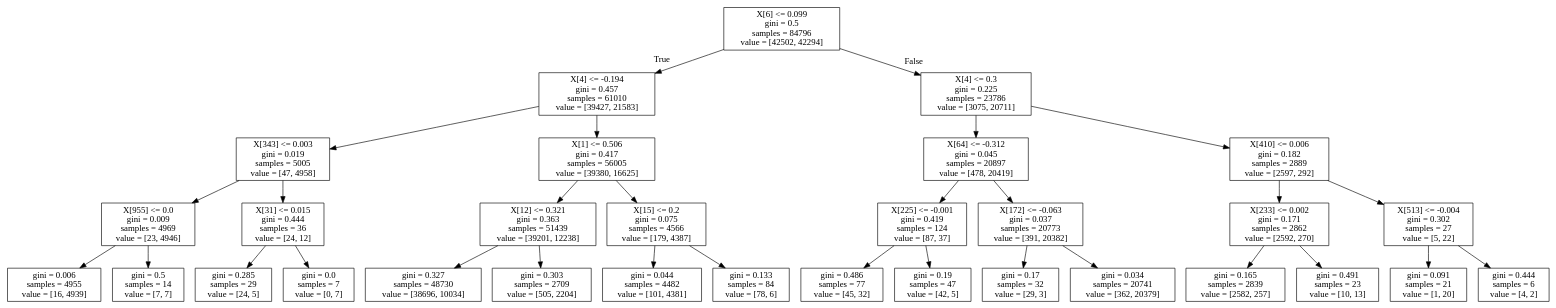
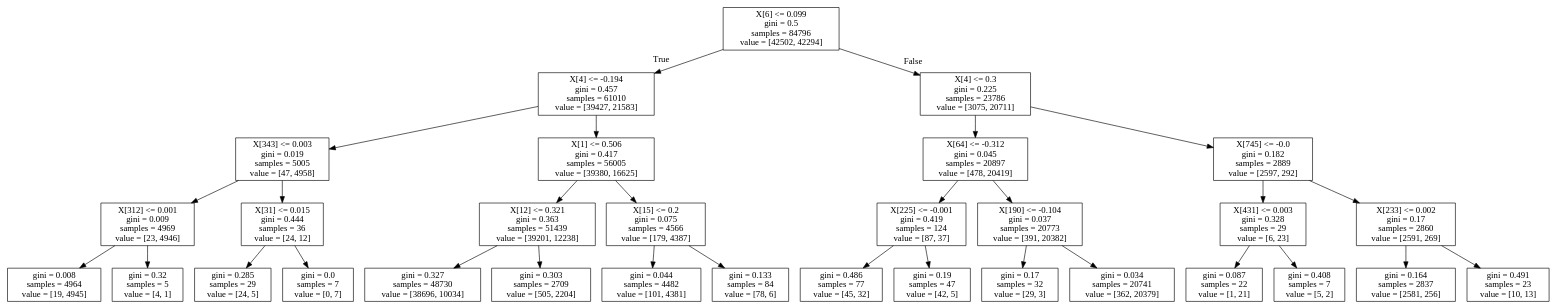
The diagram in Decision Tree/tree_PCA4.dot (leejong4414/CSE-546-Project), drawn with Graphviz before and after one commit. The commit also changed 96 other files, not shown here.

```diff
--- a/Decision Tree/tree_PCA4.dot
+++ b/Decision Tree/tree_PCA4.dot
@@ -1,64 +1,64 @@
 digraph Tree {
 node [shape=box] ;
 0 [label="X[6] <= 0.099\ngini = 0.5\nsamples = 84796\nvalue = [42502, 42294]"] ;
 1 [label="X[4] <= -0.194\ngini = 0.457\nsamples = 61010\nvalue = [39427, 21583]"] ;
 0 -> 1 [labeldistance=2.5, labelangle=45, headlabel="True"] ;
 2 [label="X[343] <= 0.003\ngini = 0.019\nsamples = 5005\nvalue = [47, 4958]"] ;
 1 -> 2 ;
-3 [label="X[955] <= 0.0\ngini = 0.009\nsamples = 4969\nvalue = [23, 4946]"] ;
+3 [label="X[312] <= 0.001\ngini = 0.009\nsamples = 4969\nvalue = [23, 4946]"] ;
 2 -> 3 ;
-4 [label="gini = 0.006\nsamples = 4955\nvalue = [16, 4939]"] ;
+4 [label="gini = 0.008\nsamples = 4964\nvalue = [19, 4945]"] ;
 3 -> 4 ;
-5 [label="gini = 0.5\nsamples = 14\nvalue = [7, 7]"] ;
+5 [label="gini = 0.32\nsamples = 5\nvalue = [4, 1]"] ;
 3 -> 5 ;
 6 [label="X[31] <= 0.015\ngini = 0.444\nsamples = 36\nvalue = [24, 12]"] ;
 2 -> 6 ;
 7 [label="gini = 0.285\nsamples = 29\nvalue = [24, 5]"] ;
 6 -> 7 ;
 8 [label="gini = 0.0\nsamples = 7\nvalue = [0, 7]"] ;
 6 -> 8 ;
 9 [label="X[1] <= 0.506\ngini = 0.417\nsamples = 56005\nvalue = [39380, 16625]"] ;
 1 -> 9 ;
 10 [label="X[12] <= 0.321\ngini = 0.363\nsamples = 51439\nvalue = [39201, 12238]"] ;
 9 -> 10 ;
 11 [label="gini = 0.327\nsamples = 48730\nvalue = [38696, 10034]"] ;
 10 -> 11 ;
 12 [label="gini = 0.303\nsamples = 2709\nvalue = [505, 2204]"] ;
 10 -> 12 ;
 13 [label="X[15] <= 0.2\ngini = 0.075\nsamples = 4566\nvalue = [179, 4387]"] ;
 9 -> 13 ;
 14 [label="gini = 0.044\nsamples = 4482\nvalue = [101, 4381]"] ;
 13 -> 14 ;
 15 [label="gini = 0.133\nsamples = 84\nvalue = [78, 6]"] ;
 13 -> 15 ;
 16 [label="X[4] <= 0.3\ngini = 0.225\nsamples = 23786\nvalue = [3075, 20711]"] ;
 0 -> 16 [labeldistance=2.5, labelangle=-45, headlabel="False"] ;
 17 [label="X[64] <= -0.312\ngini = 0.045\nsamples = 20897\nvalue = [478, 20419]"] ;
 16 -> 17 ;
 18 [label="X[225] <= -0.001\ngini = 0.419\nsamples = 124\nvalue = [87, 37]"] ;
 17 -> 18 ;
 19 [label="gini = 0.486\nsamples = 77\nvalue = [45, 32]"] ;
 18 -> 19 ;
 20 [label="gini = 0.19\nsamples = 47\nvalue = [42, 5]"] ;
 18 -> 20 ;
-21 [label="X[172] <= -0.063\ngini = 0.037\nsamples = 20773\nvalue = [391, 20382]"] ;
+21 [label="X[190] <= -0.104\ngini = 0.037\nsamples = 20773\nvalue = [391, 20382]"] ;
 17 -> 21 ;
 22 [label="gini = 0.17\nsamples = 32\nvalue = [29, 3]"] ;
 21 -> 22 ;
 23 [label="gini = 0.034\nsamples = 20741\nvalue = [362, 20379]"] ;
 21 -> 23 ;
-24 [label="X[410] <= 0.006\ngini = 0.182\nsamples = 2889\nvalue = [2597, 292]"] ;
+24 [label="X[745] <= -0.0\ngini = 0.182\nsamples = 2889\nvalue = [2597, 292]"] ;
 16 -> 24 ;
-25 [label="X[233] <= 0.002\ngini = 0.171\nsamples = 2862\nvalue = [2592, 270]"] ;
+25 [label="X[431] <= 0.003\ngini = 0.328\nsamples = 29\nvalue = [6, 23]"] ;
 24 -> 25 ;
-26 [label="gini = 0.165\nsamples = 2839\nvalue = [2582, 257]"] ;
+26 [label="gini = 0.087\nsamples = 22\nvalue = [1, 21]"] ;
 25 -> 26 ;
-27 [label="gini = 0.491\nsamples = 23\nvalue = [10, 13]"] ;
+27 [label="gini = 0.408\nsamples = 7\nvalue = [5, 2]"] ;
 25 -> 27 ;
-28 [label="X[513] <= -0.004\ngini = 0.302\nsamples = 27\nvalue = [5, 22]"] ;
+28 [label="X[233] <= 0.002\ngini = 0.17\nsamples = 2860\nvalue = [2591, 269]"] ;
 24 -> 28 ;
-29 [label="gini = 0.091\nsamples = 21\nvalue = [1, 20]"] ;
+29 [label="gini = 0.164\nsamples = 2837\nvalue = [2581, 256]"] ;
 28 -> 29 ;
-30 [label="gini = 0.444\nsamples = 6\nvalue = [4, 2]"] ;
+30 [label="gini = 0.491\nsamples = 23\nvalue = [10, 13]"] ;
 28 -> 30 ;
 }
```
